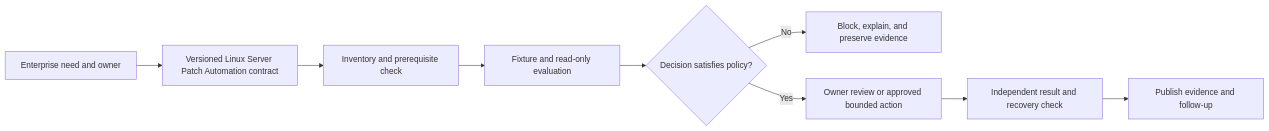
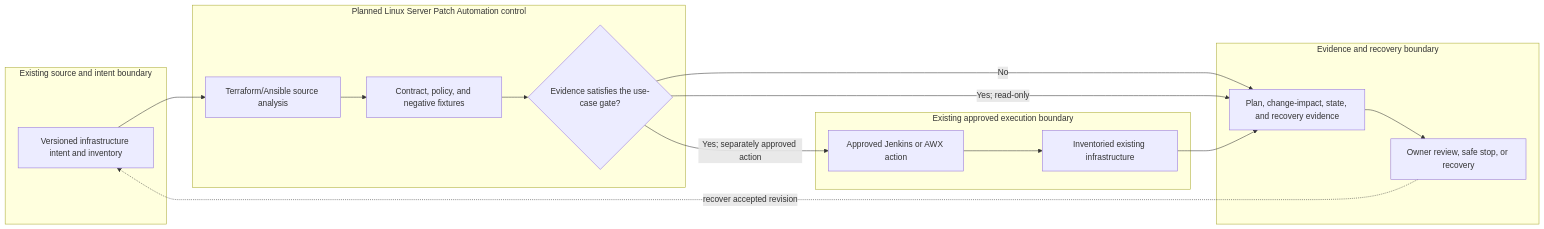
The diagram in docs/use-cases/infrastructure/UC-INFRA-006-linux-server-patch-automation.md (MIDHTECH/enterprise-architecture-docs), drawn with Mermaid before and after one commit. The commit also changed other lines of this file and 227 other files, not shown here.

Commit message:
Deepen architecture for all use case designs

````diff
--- a/docs/use-cases/infrastructure/UC-INFRA-006-linux-server-patch-automation.md
+++ b/docs/use-cases/infrastructure/UC-INFRA-006-linux-server-patch-automation.md
@@ -136,11 +129,25 @@
 ```mermaid
 flowchart LR
-    Need["Enterprise need and owner"] --> Contract["Versioned Linux Server Patch Automation contract"]
-    Contract --> Preflight["Inventory and prerequisite check"]
-    Preflight --> Evaluate["Fixture and read-only evaluation"]
-    Evaluate --> Decision{"Decision satisfies policy?"}
-    Decision -->|No| Stop["Block, explain, and preserve evidence"]
-    Decision -->|Yes| Review["Owner review or approved bounded action"]
-    Review --> Verify["Independent result and recovery check"]
-    Verify --> Publish["Publish evidence and follow-up"]
+    subgraph Source["Existing source and intent boundary"]
+        A["Versioned infrastructure intent and inventory"]
+    end
+    subgraph Planned["Planned Linux Server Patch Automation control"]
+        B["Terraform/Ansible source analysis"]
+        C["Contract, policy, and negative fixtures"]
+        D{"Evidence satisfies the use-case gate?"}
+    end
+    subgraph Runtime["Existing approved execution boundary"]
+        E["Approved Jenkins or AWX action"]
+        F["Inventoried existing infrastructure"]
+    end
+    subgraph Assurance["Evidence and recovery boundary"]
+        G["Plan, change-impact, state, and recovery evidence"]
+        H["Owner review, safe stop, or recovery"]
+    end
+
+    A --> B --> C --> D
+    D -->|No| G --> H
+    D -->|Yes; read-only| G
+    D -->|Yes; separately approved action| E --> F --> G
+    H -. recover accepted revision .-> A
 ```
````
